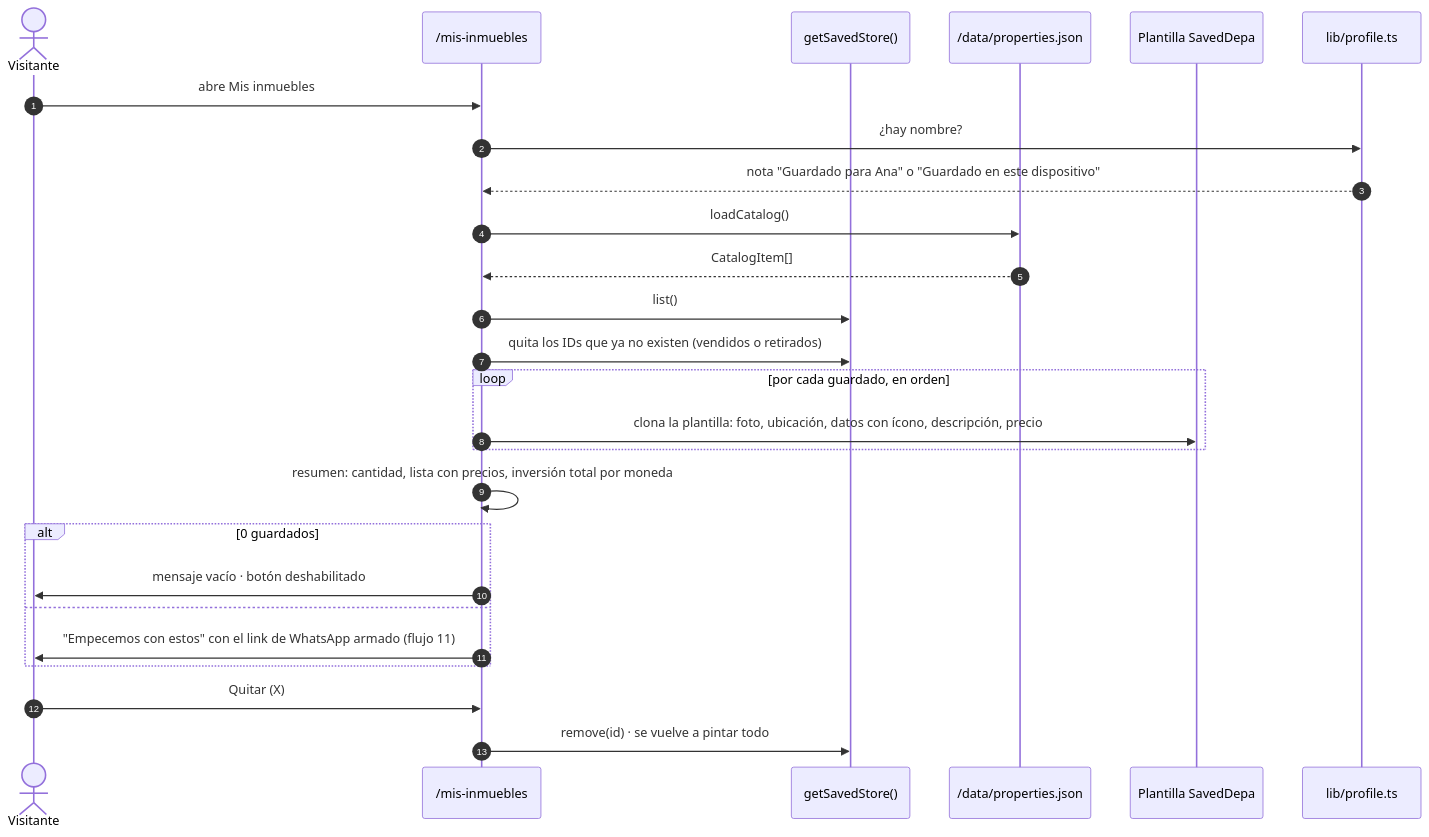
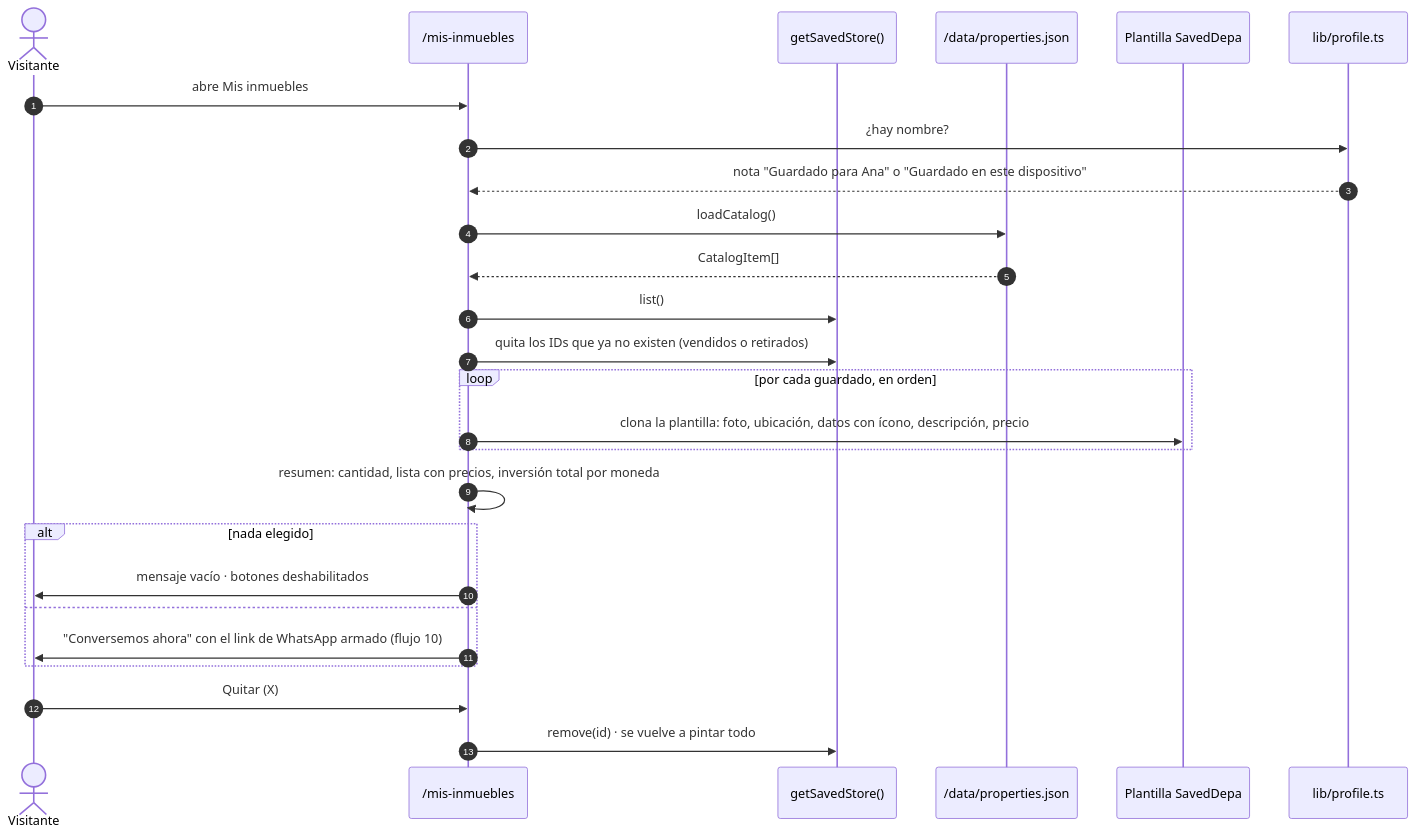
Before and after one commit to samirharrytl/DHC_landing: diagram 11 of 16 in docs/plataforma/05-flujos.md, drawn with Mermaid. The commit also changed other lines of this file and 94 other files, not shown here.

````diff
--- a/docs/plataforma/05-flujos.md
+++ b/docs/plataforma/05-flujos.md
@@ -418,29 +402,29 @@
 ```mermaid
 sequenceDiagram
     autonumber
     actor V as Visitante
     participant P as /mis-inmuebles
     participant ST as getSavedStore()
     participant CAT as /data/properties.json
     participant T as Plantilla SavedDepa
     participant PR as lib/profile.ts
 
     V->>P: abre Mis inmuebles
     P->>PR: ¿hay nombre?
     PR-->>P: nota "Guardado para Ana" o "Guardado en este dispositivo"
     P->>CAT: loadCatalog()
     CAT-->>P: CatalogItem[]
     P->>ST: list()
     P->>ST: quita los IDs que ya no existen (vendidos o retirados)
     loop por cada guardado, en orden
         P->>T: clona la plantilla: foto, ubicación, datos con ícono, descripción, precio
     end
     P->>P: resumen: cantidad, lista con precios, inversión total por moneda
-    alt 0 guardados
-        P->>V: mensaje vacío · botón deshabilitado
+    alt nada elegido
+        P->>V: mensaje vacío · botones deshabilitados
     else
-        P->>V: "Empecemos con estos" con el link de WhatsApp armado (flujo 11)
+        P->>V: "Conversemos ahora" con el link de WhatsApp armado (flujo 10)
     end
     V->>P: Quitar (X)
     P->>ST: remove(id) · se vuelve a pintar todo
 ```
````
